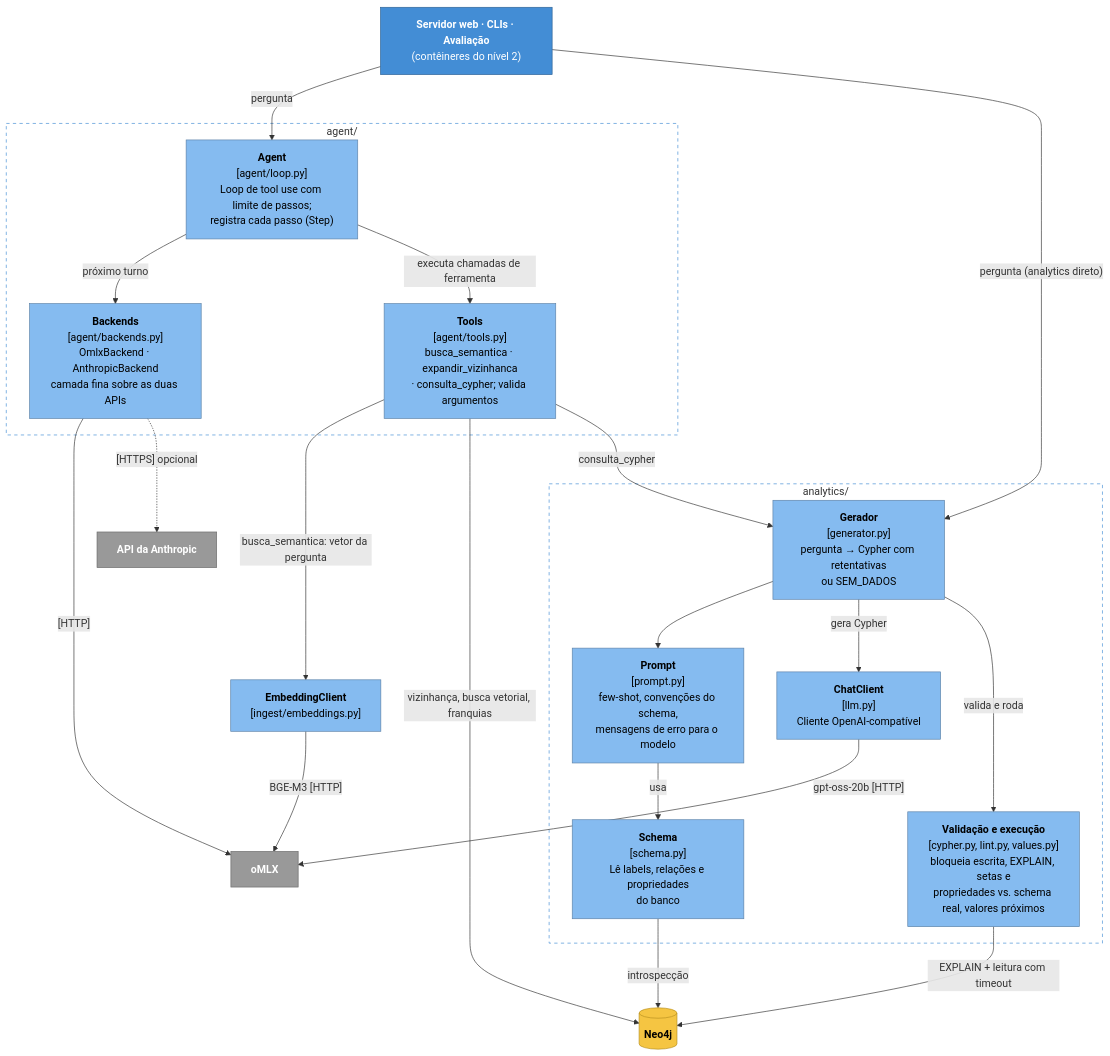
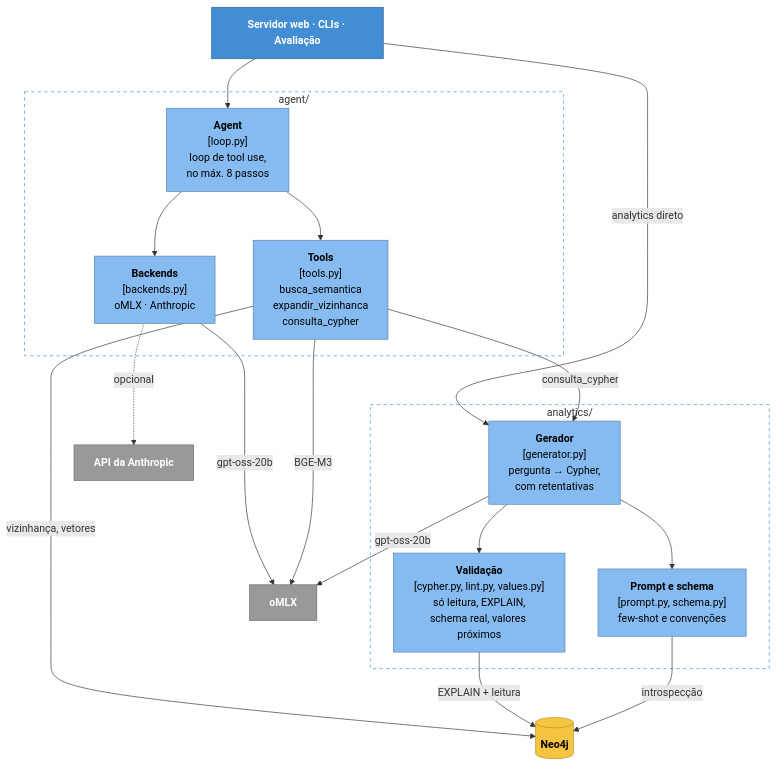
Before and after one commit to jovempedr0/GraphRAG-MAL: the fourth of 4 diagrams in docs/08 - Arquitetura C4.md, drawn with Mermaid. The commit also changed other lines of this file and 1 other file, not shown here.

Commit message:
feat: Update C4 architecture documentation with improved diagrams and clarity for question time and preparation phases

````diff
--- a/docs/08 - Arquitetura C4.md
+++ b/docs/08 - Arquitetura C4.md
@@ -115,55 +137,48 @@
 ```mermaid
 flowchart TB
-    caller["<b>Servidor web · CLIs · Avaliação</b><br/>(contêineres do nível 2)"]
+    caller["<b>Servidor web · CLIs · Avaliação</b>"]
 
     subgraph agentpkg["agent/"]
-        loop["<b>Agent</b><br/>[agent/loop.py]<br/>Loop de tool use com limite de passos;<br/>registra cada passo (Step)"]
-        backends["<b>Backends</b><br/>[agent/backends.py]<br/>OmlxBackend · AnthropicBackend<br/>camada fina sobre as duas APIs"]
-        tools["<b>Tools</b><br/>[agent/tools.py]<br/>busca_semantica · expandir_vizinhanca<br/>· consulta_cypher; valida argumentos"]
+        loop["<b>Agent</b><br/>[loop.py]<br/>loop de tool use,<br/>no máx. 8 passos"]
+        backends["<b>Backends</b><br/>[backends.py]<br/>oMLX · Anthropic"]
+        tools["<b>Tools</b><br/>[tools.py]<br/>busca_semantica<br/>expandir_vizinhanca<br/>consulta_cypher"]
     end
 
     subgraph analyticspkg["analytics/"]
-        generator["<b>Gerador</b><br/>[generator.py]<br/>pergunta → Cypher com retentativas<br/>ou SEM_DADOS"]
-        prompt["<b>Prompt</b><br/>[prompt.py]<br/>few-shot, convenções do schema,<br/>mensagens de erro para o modelo"]
-        cypher["<b>Validação e execução</b><br/>[cypher.py, lint.py, values.py]<br/>bloqueia escrita, EXPLAIN, setas e<br/>propriedades vs. schema real, valores próximos"]
-        schema["<b>Schema</b><br/>[schema.py]<br/>Lê labels, relações e propriedades<br/>do banco"]
-        llm["<b>ChatClient</b><br/>[llm.py]<br/>Cliente OpenAI-compatível"]
+        generator["<b>Gerador</b><br/>[generator.py]<br/>pergunta → Cypher,<br/>com retentativas"]
+        prompt["<b>Prompt e schema</b><br/>[prompt.py, schema.py]<br/>few-shot e convenções"]
+        cypher["<b>Validação</b><br/>[cypher.py, lint.py, values.py]<br/>só leitura, EXPLAIN,<br/>schema real, valores próximos"]
     end
-
-    embed["<b>EmbeddingClient</b><br/>[ingest/embeddings.py]"]
 
     neo4j[("<b>Neo4j</b>")]
     omlx["<b>oMLX</b>"]
     claude["<b>API da Anthropic</b>"]
 
-    caller -- "pergunta" --> loop
-    caller -- "pergunta (analytics direto)" --> generator
-    loop -- "próximo turno" --> backends
-    loop -- "executa chamadas de ferramenta" --> tools
-    backends -- "[HTTP]" --> omlx
-    backends -. "[HTTPS] opcional" .-> claude
+    caller --> loop
+    caller -- "analytics direto" --> generator
+    loop --> backends
+    loop --> tools
+    tools -- "consulta_cypher" --> generator
+    generator --> prompt
+    generator --> cypher
 
-    tools -- "busca_semantica: vetor da pergunta" --> embed
-    tools -- "vizinhança, busca vetorial, franquias" --> neo4j
-    tools -- "consulta_cypher" --> generator
+    backends -- "gpt-oss-20b" --> omlx
+    backends -. "opcional" .-> claude
+    tools -- "BGE-M3" --> omlx
+    generator -- "gpt-oss-20b" --> omlx
+    tools -- "vizinhança, vetores" --> neo4j
+    cypher -- "EXPLAIN + leitura" --> neo4j
+    prompt -- "introspecção" --> neo4j
 
-    generator --> prompt
-    prompt -- "usa" --> schema
-    generator -- "gera Cypher" --> llm
-    generator -- "valida e roda" --> cypher
-    cypher -- "EXPLAIN + leitura com timeout" --> neo4j
-    schema -- "introspecção" --> neo4j
-    llm -- "gpt-oss-20b [HTTP]" --> omlx
-    embed -- "BGE-M3 [HTTP]" --> omlx
-
+    classDef person fill:#08427b,stroke:#052e56,color:#fff
     classDef container fill:#438dd5,stroke:#2e6295,color:#fff
     classDef component fill:#85bbf0,stroke:#5d82a8,color:#000
     classDef store fill:#f5c542,stroke:#b8901f,color:#000
     classDef external fill:#999,stroke:#6b6b6b,color:#fff
     class caller container
-    class loop,backends,tools,generator,prompt,cypher,schema,llm,embed component
+    class loop,backends,tools,generator,prompt,cypher component
     class neo4j store
     class omlx,claude external
     style agentpkg fill:none,stroke:#438dd5,stroke-dasharray:5 5
     style analyticspkg fill:none,stroke:#438dd5,stroke-dasharray:5 5
 ```
````
